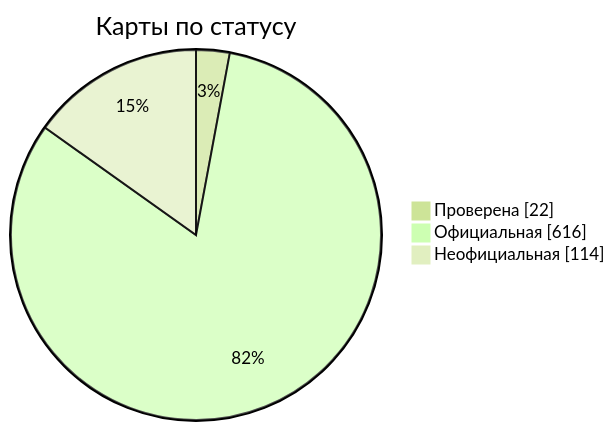
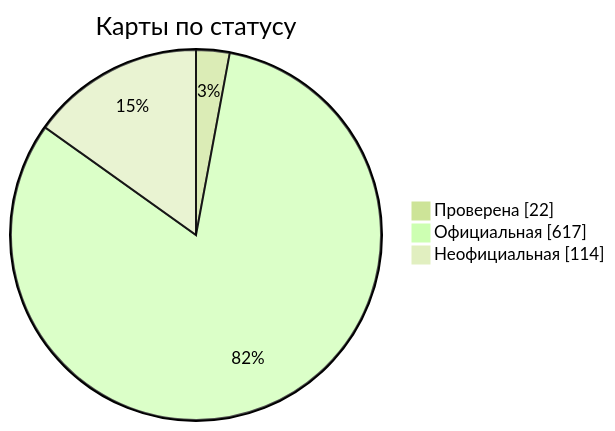
The diagram in docs/readme/README_RU.md (nobrega8/mbmap-library), drawn with Mermaid (forest theme) before and after one commit. The commit also changed 6 other files, not shown here.

````diff
--- a/docs/readme/README_RU.md
+++ b/docs/readme/README_RU.md
@@ -54,7 +54,7 @@
 ```mermaid
 pie showData
     title Карты по статусу
     "Проверена" : 22
-    "Официальная" : 616
+    "Официальная" : 617
     "Неофициальная" : 114
 ```
````
